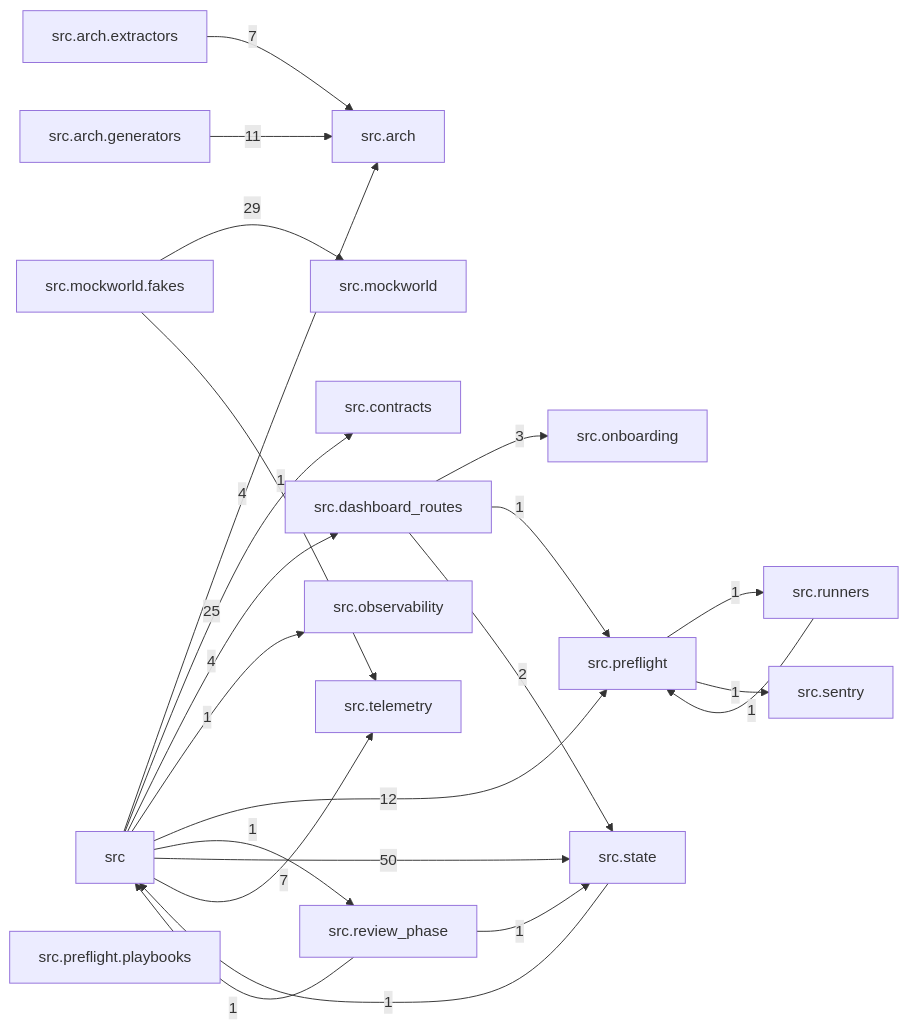
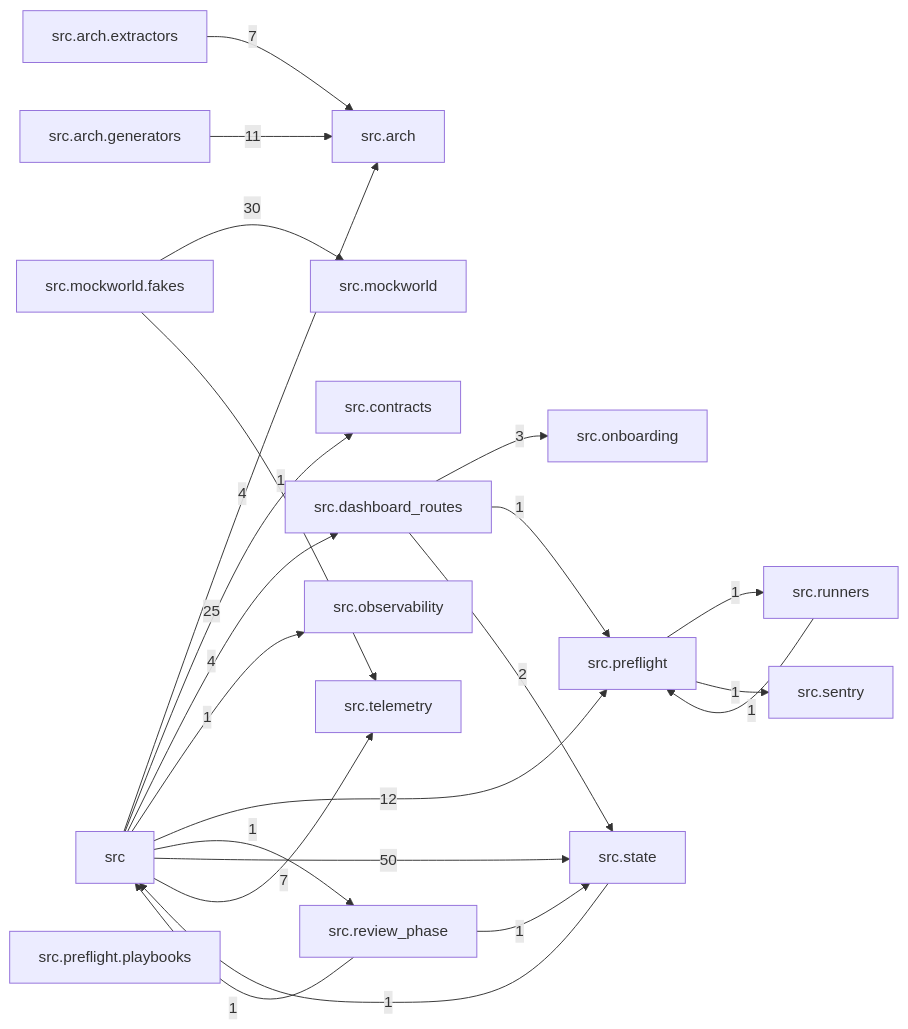
One commit to T-rav/hydraflow changed the diagram in docs/arch/generated/modules.md. Above: the diagram before and after it, drawn with Mermaid. The commit also changed 3 other files, not shown here.

````diff
--- a/docs/arch/generated/modules.md
+++ b/docs/arch/generated/modules.md
@@ -7,41 +7,41 @@
 ```mermaid
 graph LR
     src["src"]
     src_arch["src.arch"]
     src_arch_extractors["src.arch.extractors"]
     src_arch_generators["src.arch.generators"]
     src_contracts["src.contracts"]
     src_dashboard_routes["src.dashboard_routes"]
     src_mockworld["src.mockworld"]
     src_mockworld_fakes["src.mockworld.fakes"]
     src_observability["src.observability"]
     src_onboarding["src.onboarding"]
     src_preflight["src.preflight"]
     src_preflight_playbooks["src.preflight.playbooks"]
     src_review_phase["src.review_phase"]
     src_runners["src.runners"]
     src_sentry["src.sentry"]
     src_state["src.state"]
     src_telemetry["src.telemetry"]
     src -- "4" --> src_arch
     src -- "25" --> src_contracts
     src -- "4" --> src_dashboard_routes
     src -- "1" --> src_observability
     src -- "12" --> src_preflight
     src -- "1" --> src_review_phase
     src -- "50" --> src_state
     src -- "7" --> src_telemetry
     src_arch_extractors -- "7" --> src_arch
     src_arch_generators -- "11" --> src_arch
     src_dashboard_routes -- "3" --> src_onboarding
     src_dashboard_routes -- "1" --> src_preflight
     src_dashboard_routes -- "2" --> src_state
-    src_mockworld_fakes -- "29" --> src_mockworld
+    src_mockworld_fakes -- "30" --> src_mockworld
     src_mockworld_fakes -- "1" --> src_telemetry
     src_preflight -- "1" --> src_runners
     src_preflight -- "1" --> src_sentry
     src_review_phase -- "1" --> src
     src_review_phase -- "1" --> src_state
     src_runners -- "1" --> src_preflight
     src_state -- "1" --> src
 ```
````
